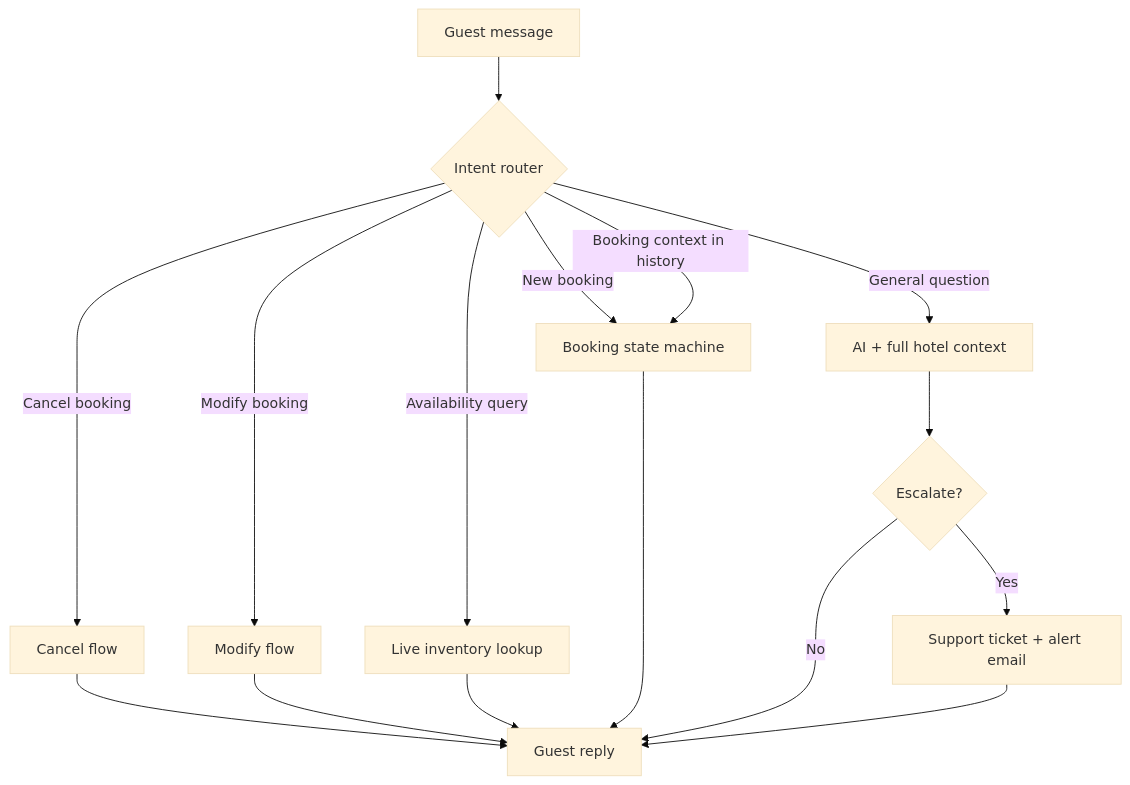
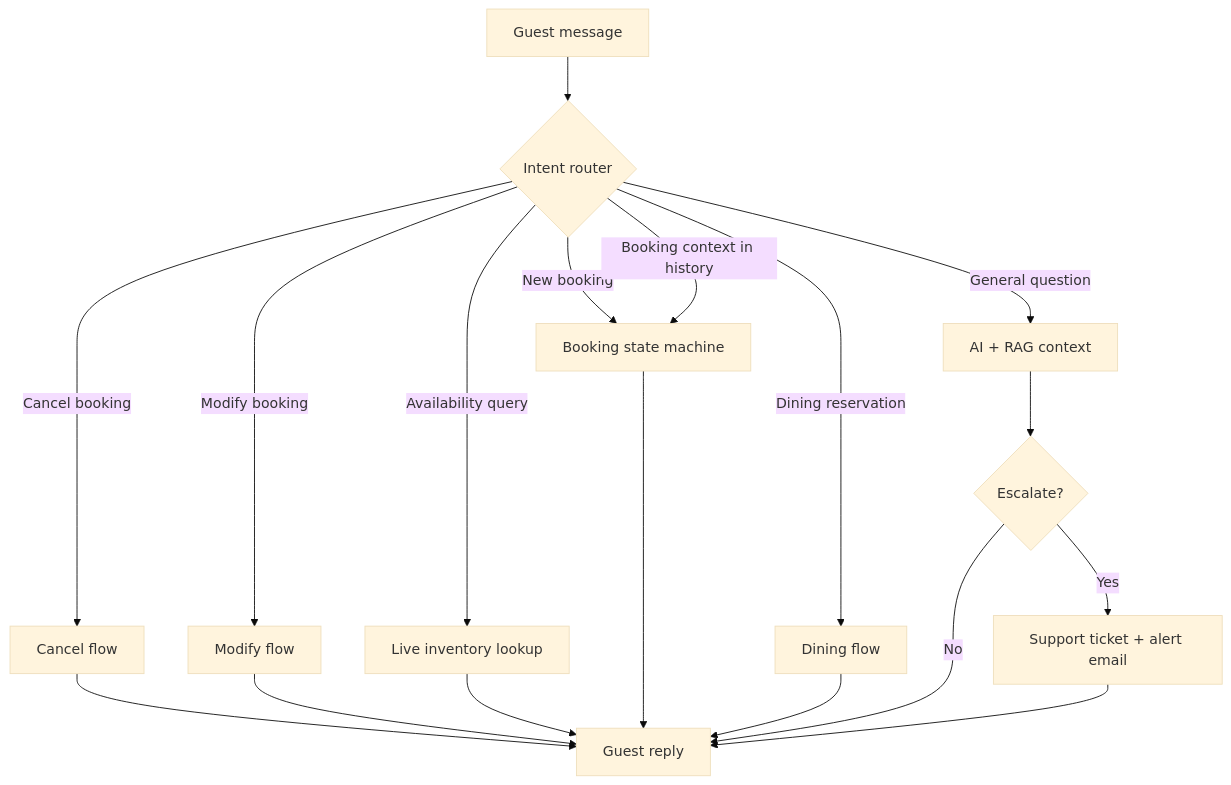
Before and after one commit to prabin923/Voice-assistant: the first of 7 diagrams in README.md, drawn with Mermaid (base theme). The commit also changed other lines of this file, not shown here.

````diff
--- a/README.md
+++ b/README.md
@@ -109,19 +161,21 @@
 ```mermaid
 flowchart TD
   A[Guest message] --> B{Intent router}
   B -->|Cancel booking| C[Cancel flow]
   B -->|Modify booking| D[Modify flow]
   B -->|Availability query| E[Live inventory lookup]
   B -->|New booking| F[Booking state machine]
+  B -->|Dining reservation| F2[Dining flow]
   B -->|Booking context in history| F
-  B -->|General question| G[AI + full hotel context]
+  B -->|General question| G[AI + RAG context]
 
   C --> H[Guest reply]
   D --> H
   E --> H
   F --> H
+  F2 --> H
   G --> I{Escalate?}
   I -->|No| H
   I -->|Yes| J[Support ticket + alert email]
   J --> H
 ```
````
